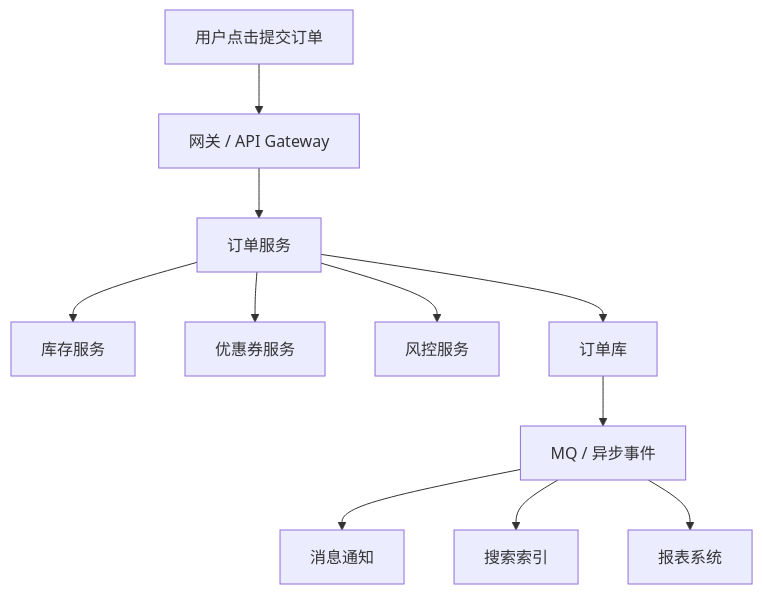
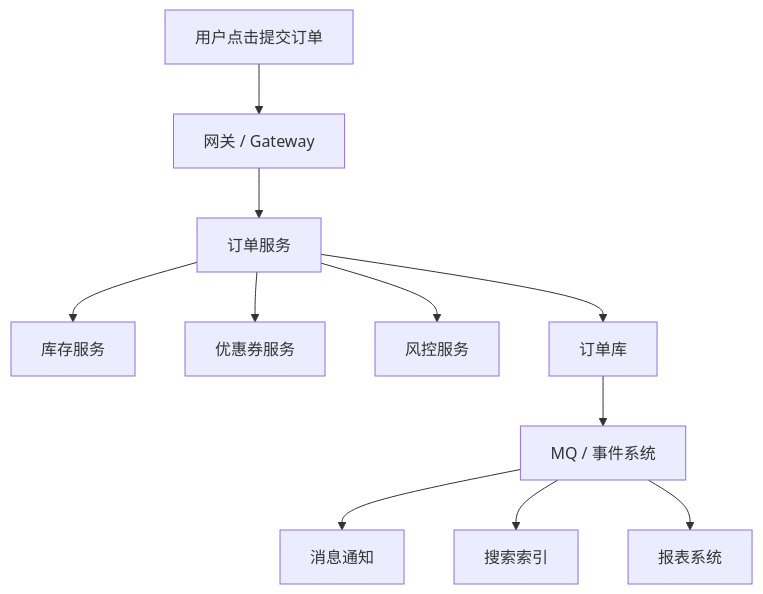
Before and after one commit to qxq1997/learning_stuff: the first of 2 diagrams in 系统设计/06_限流、降级、熔断、幂等与重试.md, drawn with Mermaid. The commit also changed other lines of this file and 20 other files, not shown here.

````diff
--- a/系统设计/06_限流、降级、熔断、幂等与重试.md
+++ b/系统设计/06_限流、降级、熔断、幂等与重试.md
@@ -28,13 +102,13 @@
 ```mermaid
 flowchart TD
-    A["用户点击提交订单"] --> B["网关 / API Gateway"]
+    A["用户点击提交订单"] --> B["网关 / Gateway"]
     B --> C["订单服务"]
     C --> D["库存服务"]
     C --> E["优惠券服务"]
     C --> F["风控服务"]
     C --> G["订单库"]
-    G --> H["MQ / 异步事件"]
+    G --> H["MQ / 事件系统"]
     H --> I["消息通知"]
     H --> J["搜索索引"]
     H --> K["报表系统"]
 ```
````
